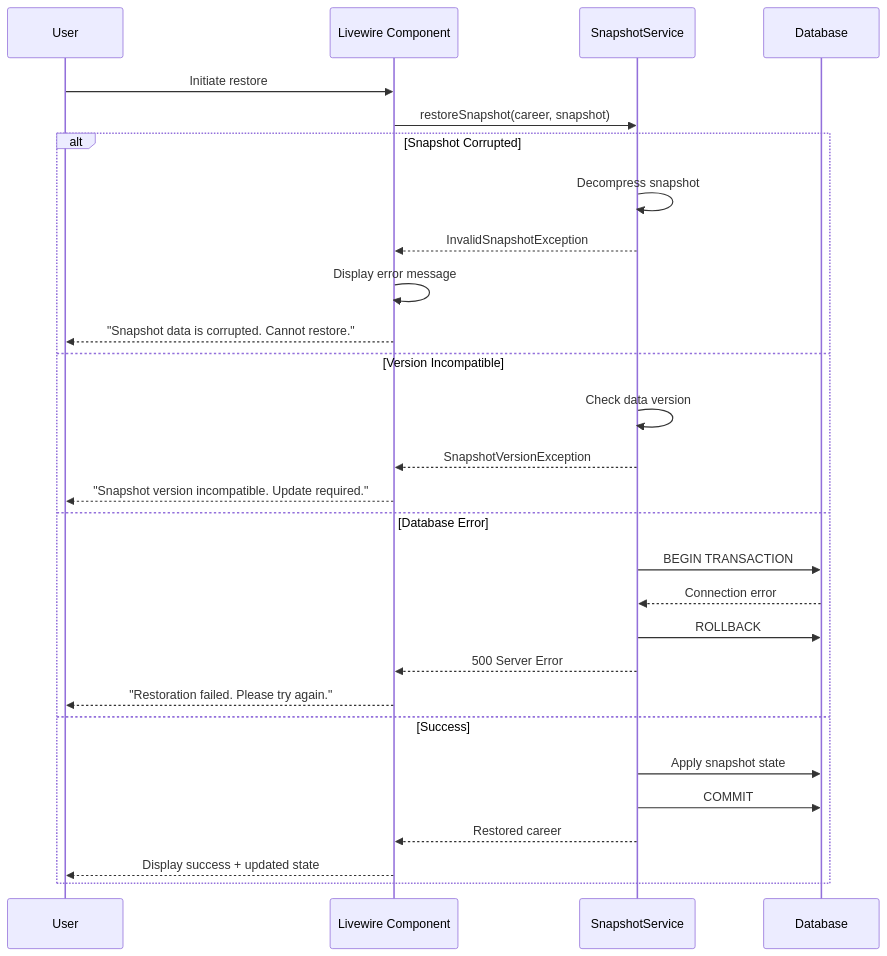
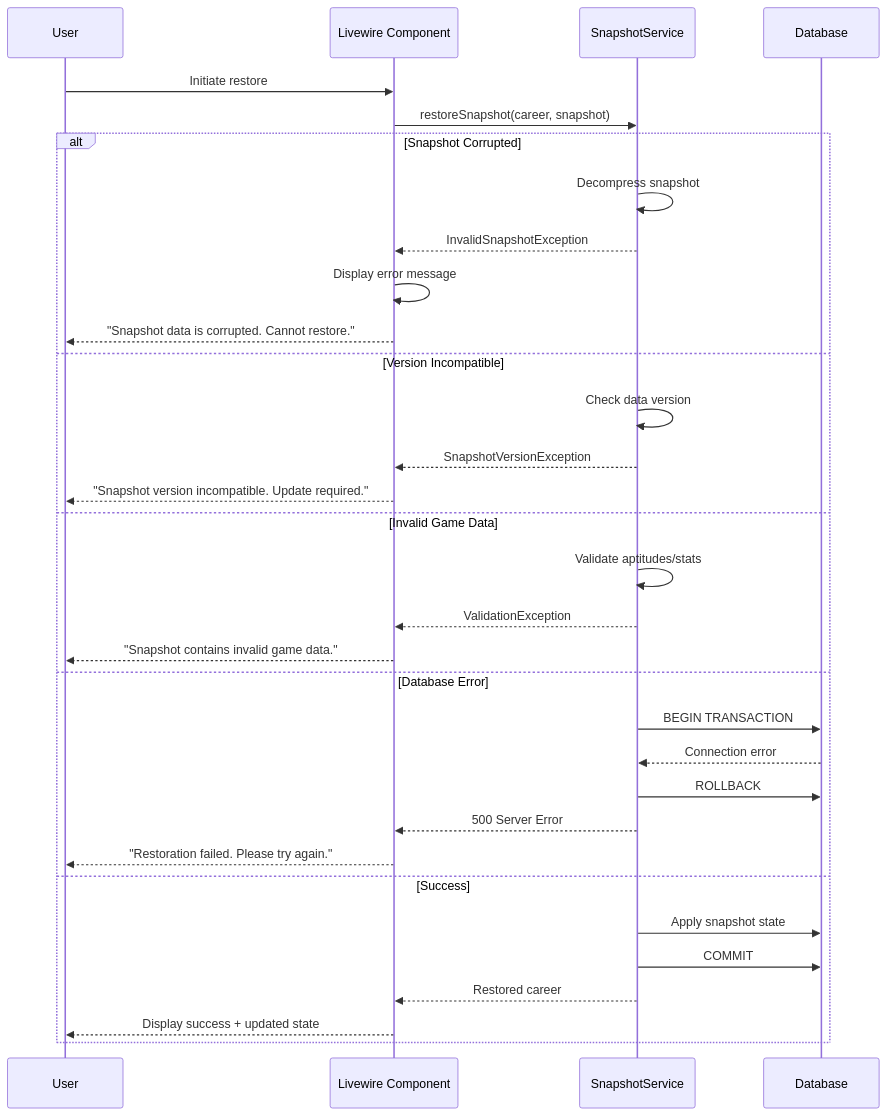
One commit to exatfrds67/umamusume-career-planner changed the second of 2 diagrams in docs/01-sequences/SEQ-012_Run_Snapshot_and_Restore.md. Above: the diagram before and after it, drawn with Mermaid. The commit also changed other lines of this file and 313 other files, not shown here.

````diff
--- a/docs/01-sequences/SEQ-012_Run_Snapshot_and_Restore.md
+++ b/docs/01-sequences/SEQ-012_Run_Snapshot_and_Restore.md
@@ -708,32 +996,36 @@
 ```mermaid
 sequenceDiagram
     participant User
     participant UI as Livewire Component
     participant Service as SnapshotService
     participant DB as Database
 
     User->>UI: Initiate restore
     UI->>Service: restoreSnapshot(career, snapshot)
     
     alt Snapshot Corrupted
         Service->>Service: Decompress snapshot
         Service-->>UI: InvalidSnapshotException
         UI->>UI: Display error message
         UI-->>User: "Snapshot data is corrupted. Cannot restore."
     else Version Incompatible
         Service->>Service: Check data version
         Service-->>UI: SnapshotVersionException
         UI-->>User: "Snapshot version incompatible. Update required."
+    else Invalid Game Data
+        Service->>Service: Validate aptitudes/stats
+        Service-->>UI: ValidationException
+        UI-->>User: "Snapshot contains invalid game data."
     else Database Error
         Service->>DB: BEGIN TRANSACTION
         DB-->>Service: Connection error
         Service->>DB: ROLLBACK
         Service-->>UI: 500 Server Error
         UI-->>User: "Restoration failed. Please try again."
     else Success
         Service->>DB: Apply snapshot state
         Service->>DB: COMMIT
         Service-->>UI: Restored career
         UI-->>User: Display success + updated state
     end
 ```
````
